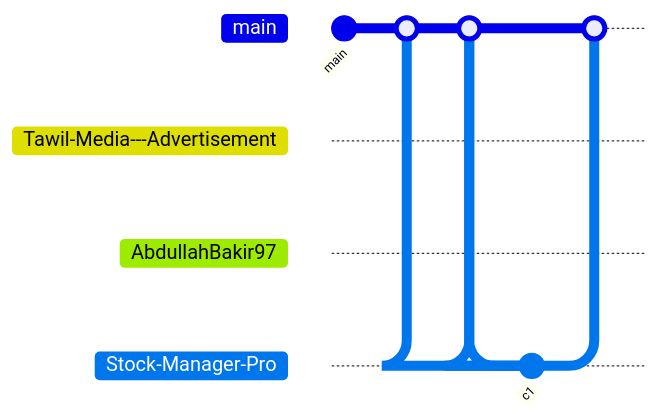
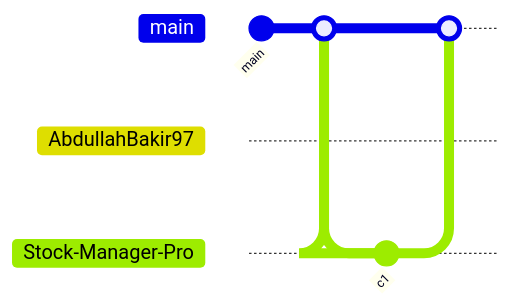
Before and after one commit to AbdullahBakir97/AbdullahBakir97: the diagram in README.md, drawn with Mermaid. The commit also changed other lines of this file and 6 other files, not shown here.

````diff
--- a/README.md
+++ b/README.md
@@ -336,19 +336,14 @@
 ```mermaid
 gitGraph
    commit id: "main"
-   branch Tawil-Media---Advertisement
-   checkout Tawil-Media---Advertisement
-   commit id: "c1"
-   checkout main
-   merge Tawil-Media---Advertisement
    branch AbdullahBakir97
    checkout AbdullahBakir97
    commit id: "c1"
    checkout main
    merge AbdullahBakir97
    branch Stock-Manager-Pro
    checkout Stock-Manager-Pro
    commit id: "c1"
    checkout main
    merge Stock-Manager-Pro
 ```
````
